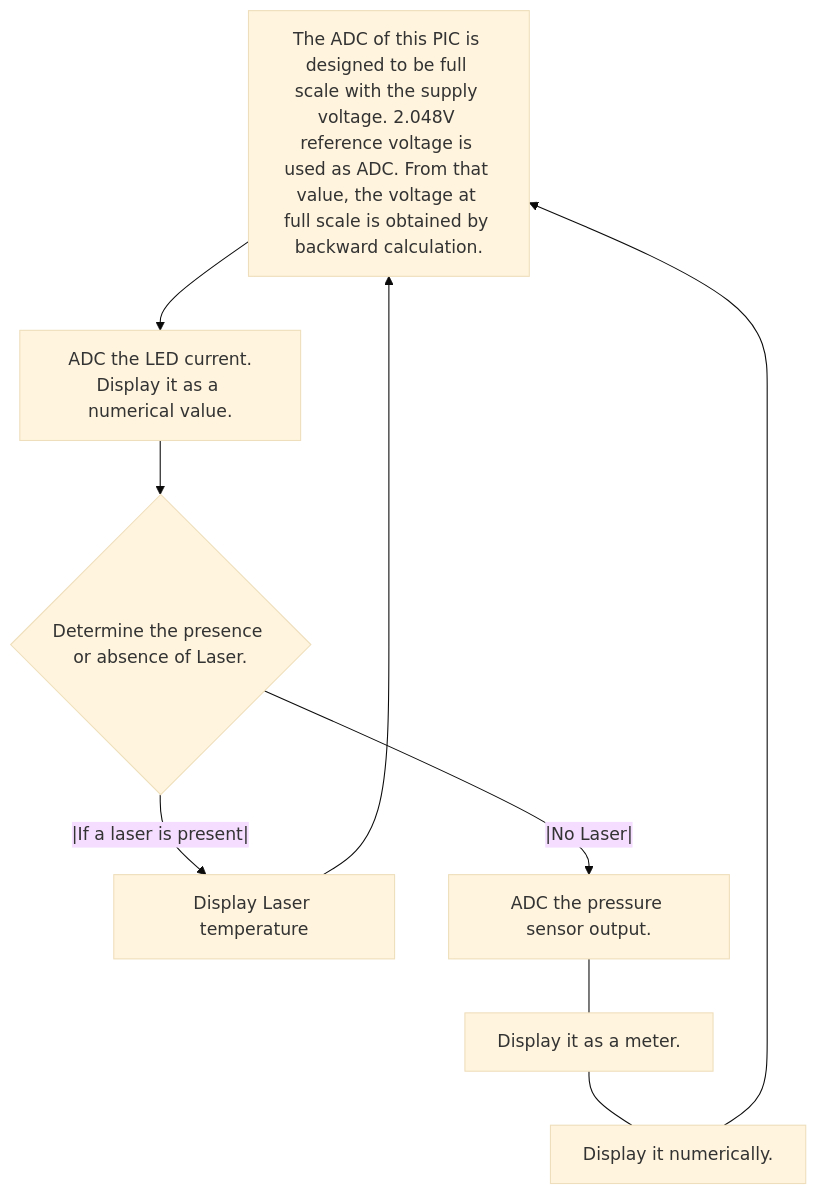
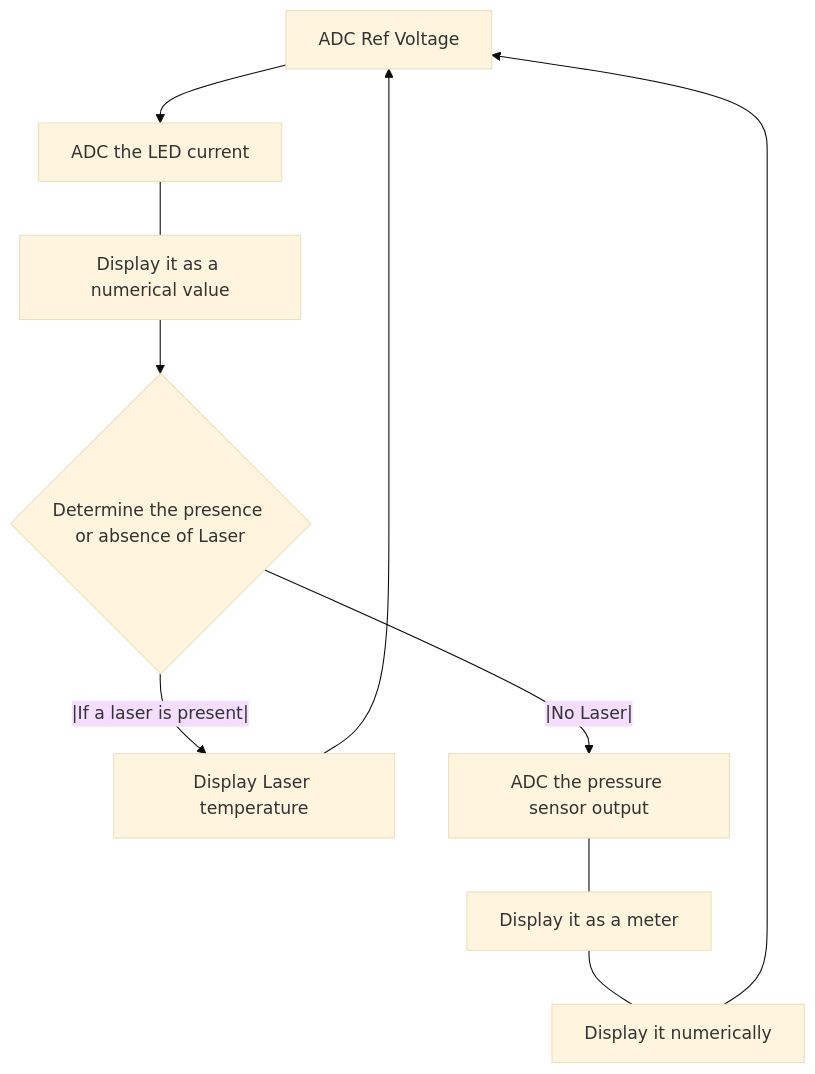
Before and after one commit to agysft/CPnP_Z: the diagram in README.md, drawn with Mermaid (base theme). The commit also changed other lines of this file, not shown here.

````diff
--- a/README.md
+++ b/README.md
@@ -3,13 +5,13 @@
 ```mermaid
 graph TD;
-    A[The ADC of this PIC is designed to be full scale with the supply voltage. 2.048V reference voltage is used as ADC. From that value, the voltage at full scale is obtained by backward calculation.]-->B[ADC the LED current.
-Display it as a numerical value.];
-    B-->C{Determine the presence or absence of Laser.};
+    A[ADC Ref Voltage]-->B[ADC the LED current];
+    B---H[Display it as a numerical value];
+    H-->C{Determine the presence or absence of Laser};
     C--|If a laser is present|-->D;
     C--|No Laser|-->E;
     D[Display Laser temperature];
-    E[ADC the pressure sensor output.]---F[Display it as a meter.];
-    F---G[Display it numerically.];
+    E[ADC the pressure sensor output]---F[Display it as a meter];
+    F---G[Display it numerically];
     G-->A;
     D-->A;
 ```
````
